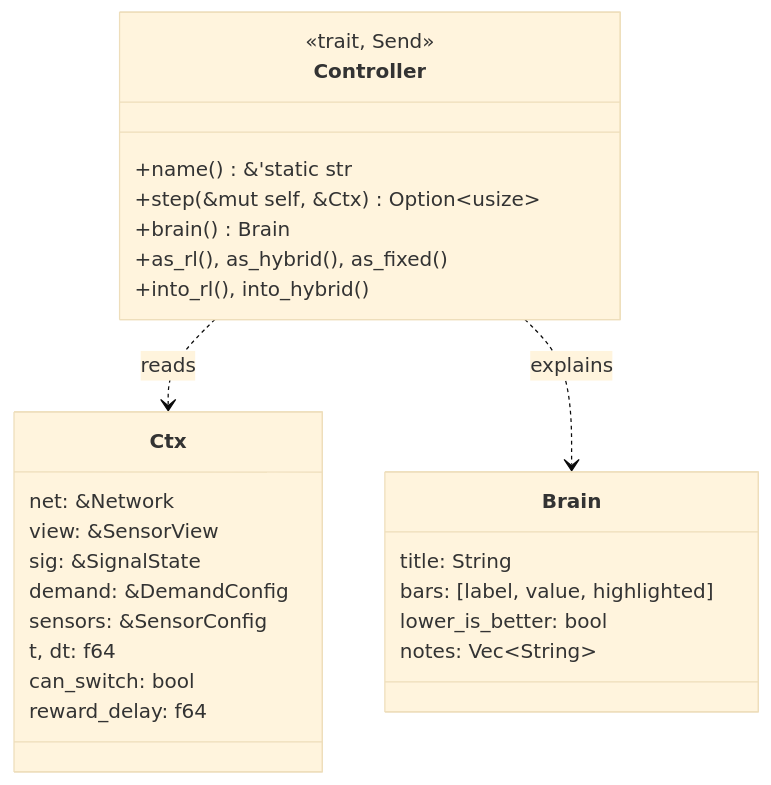
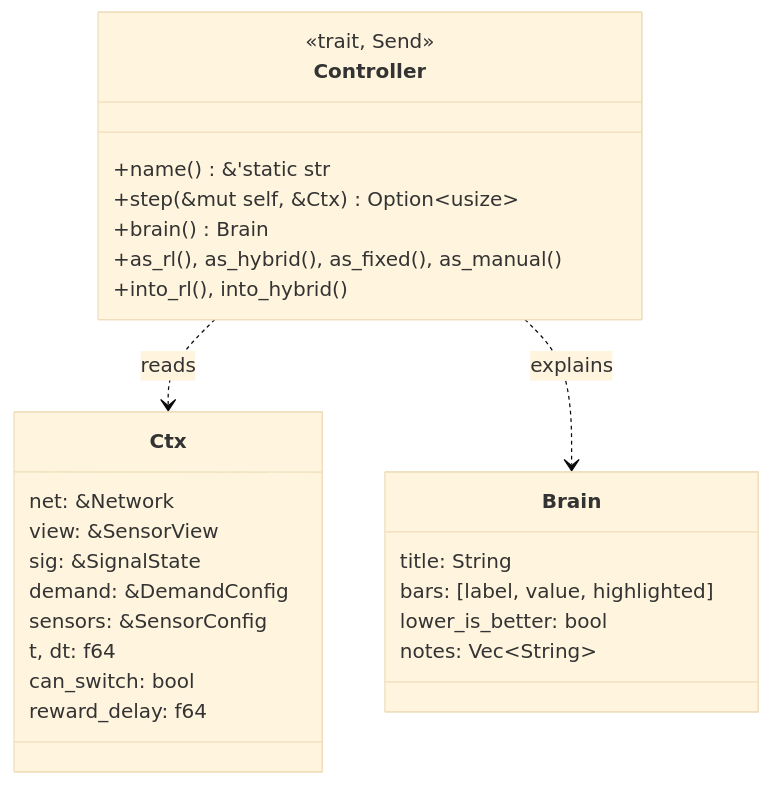
Before and after one commit to schreck61/intersection-lab: diagram 14 of 22 in docs/architecture.md, drawn with Mermaid (base theme). The commit also changed other lines of this file and 18 other files, not shown here.

````diff
--- a/docs/architecture.md
+++ b/docs/architecture.md
@@ -1554,29 +1566,29 @@
 ```mermaid
 classDiagram
     class Controller {
         <<trait, Send>>
         +name() &'static str
         +step(&mut self, &Ctx) Option~usize~
         +brain() Brain
-        +as_rl(), as_hybrid(), as_fixed()
+        +as_rl(), as_hybrid(), as_fixed(), as_manual()
         +into_rl(), into_hybrid()
     }
     class Ctx {
         net: &Network
         view: &SensorView
         sig: &SignalState
         demand: &DemandConfig
         sensors: &SensorConfig
         t, dt: f64
         can_switch: bool
         reward_delay: f64
     }
     class Brain {
         title: String
         bars: [label, value, highlighted]
         lower_is_better: bool
         notes: Vec~String~
     }
     Controller ..> Ctx : reads
     Controller ..> Brain : explains
 ```
````
